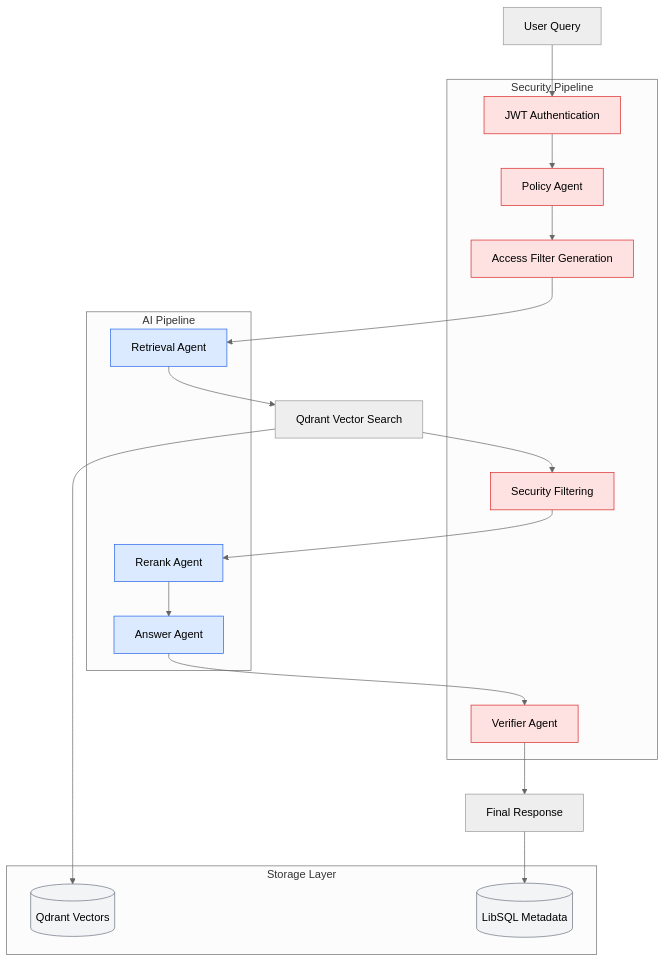
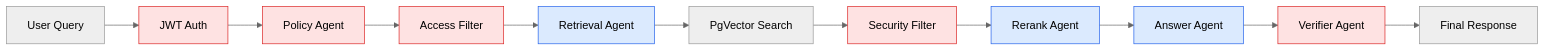
One commit to ssdeanx/secure-rag-multi-agent changed the second of 2 diagrams in docs/index.mdx. Above: the diagram before and after it, drawn with Mermaid (neutral theme). The commit also changed other lines of this file and 106 other files, not shown here.

Commit message:
Refactor productRoadmapAgent: Remove voice configuration and related audio handling code; update Google AI integration in various services; clean up unused imports and improve code organization. Add comprehensive documentation for Mastra-Cedar integration URLs.

````diff
--- a/docs/index.mdx
+++ b/docs/index.mdx
@@ -253,43 +240,18 @@
 ```mermaid
-graph TB
-    A[User Query] --> B[JWT Authentication]
+graph LR
+    A[User Query] --> B[JWT Auth]
     B --> C[Policy Agent]
-    C --> D[Access Filter Generation]
+    C --> D[Access Filter]
     D --> E[Retrieval Agent]
-    E --> F[Qdrant Vector Search]
-    F --> G[Security Filtering]
+    E --> F[PgVector Search]
+    F --> G[Security Filter]
     G --> H[Rerank Agent]
     H --> I[Answer Agent]
     I --> J[Verifier Agent]
     J --> K[Final Response]
 
-    subgraph "Security Pipeline"
-        B
-        C
-        D
-        G
-        J
-    end
-
-    subgraph "AI Pipeline"
-        E
-        H
-        I
-    end
-
-    subgraph "Storage Layer"
-        L[(Qdrant Vectors)]
-        M[(LibSQL Metadata)]
-    end
-
-    F --> L
-    K --> M
-
     classDef security fill:#fee2e2,stroke:#dc2626
     classDef ai fill:#dbeafe,stroke:#2563eb
-    classDef storage fill:#f3f4f6,stroke:#6b7280
-
     class B,C,D,G,J security
     class E,H,I ai
-    class L,M storage
 ```
````
